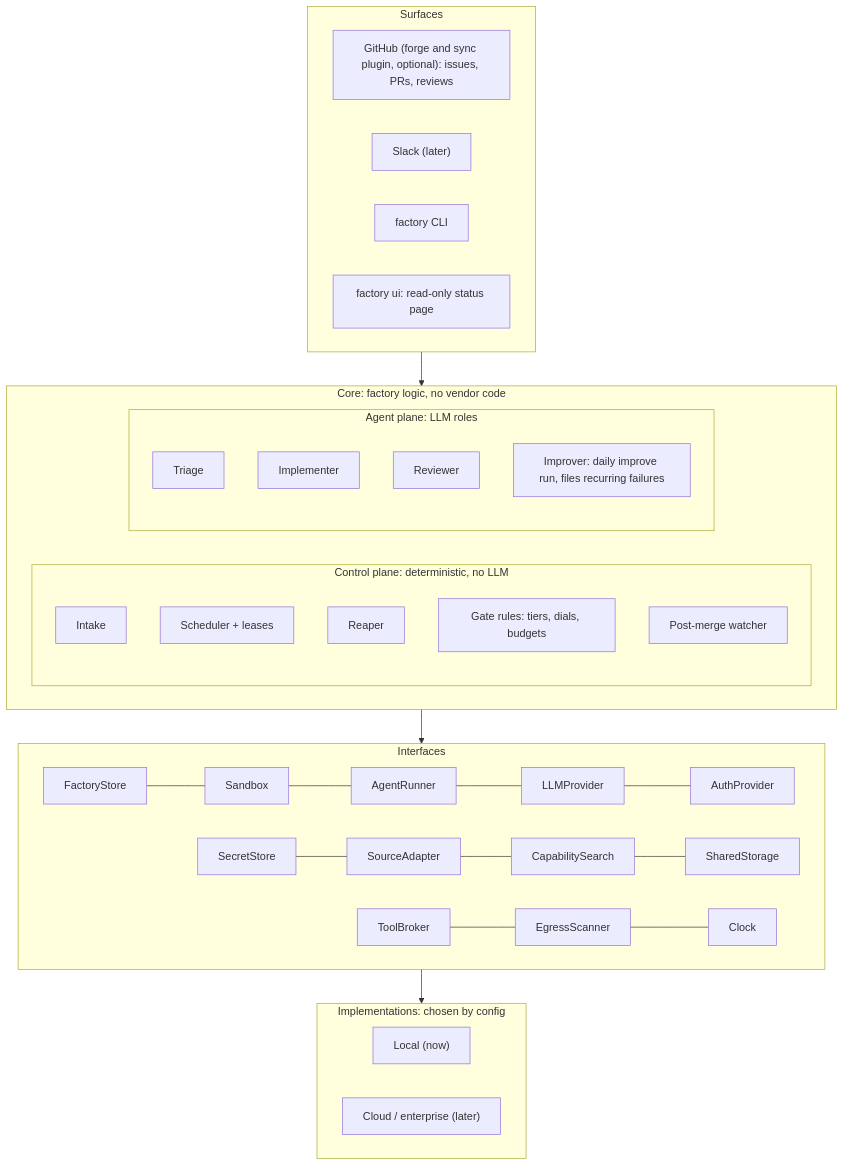
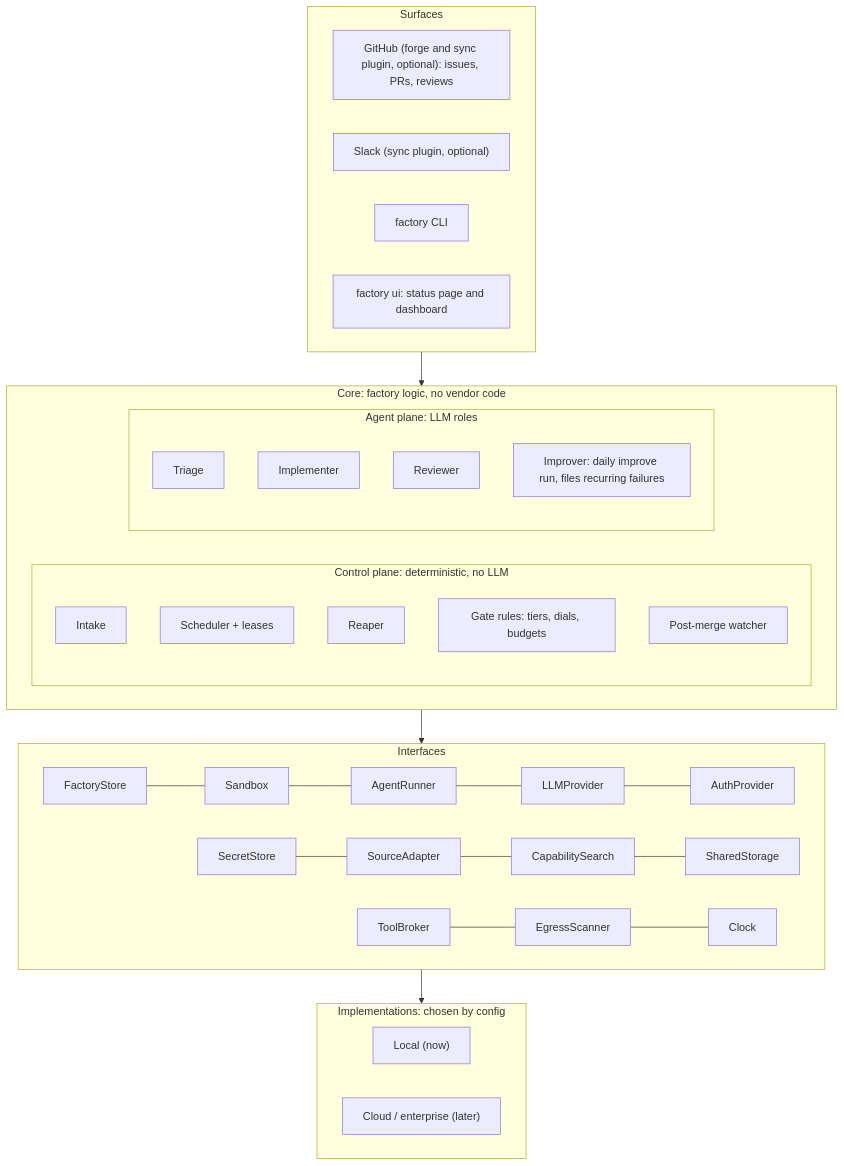
One commit to seonWKim/software-factory changed the first of 6 diagrams in docs/architecture.md. Above: the diagram before and after it, drawn with Mermaid. The commit also changed other lines of this file and 2 other files, not shown here.

Commit message:
Check the plugin index against the registry; fix stale index rows and surfaces text

````diff
--- a/docs/architecture.md
+++ b/docs/architecture.md
@@ -15,44 +15,44 @@
 ```mermaid
 graph TB
   subgraph SURF["Surfaces"]
     direction LR
     GH["GitHub (forge and sync plugin, optional): issues, PRs, reviews"]
-    SL["Slack (later)"]
+    SL["Slack (sync plugin, optional)"]
     CLI["factory CLI"]
-    UI["factory ui: read-only status page"]
+    UI["factory ui: status page and dashboard"]
   end
 
   subgraph CORE["Core: factory logic, no vendor code"]
     direction LR
     subgraph CP["Control plane: deterministic, no LLM"]
       direction TB
       IN["Intake"]
       MG["Scheduler + leases"]
       RP["Reaper"]
       GT["Gate rules: tiers, dials, budgets"]
       PM["Post-merge watcher"]
     end
     subgraph AP["Agent plane: LLM roles"]
       direction TB
       TR["Triage"]
       IM["Implementer"]
       RV["Reviewer"]
       IMP["Improver: daily improve run, files recurring failures"]
     end
   end
 
   subgraph IF["Interfaces"]
     direction LR
     I1["FactoryStore"] --- I2["Sandbox"] --- I3["AgentRunner"] --- I4["LLMProvider"] --- I5["AuthProvider"]
     I6["SecretStore"] --- I7["SourceAdapter"] --- I8["CapabilitySearch"] --- I9["SharedStorage"]
     I10["ToolBroker"] --- I11["EgressScanner"] --- I12["Clock"]
   end
 
   subgraph IMPL["Implementations: chosen by config"]
     direction LR
     LOC["Local (now)"]
     CLD["Cloud / enterprise (later)"]
   end
 
   SURF --> CORE --> IF --> IMPL
 ```
````
